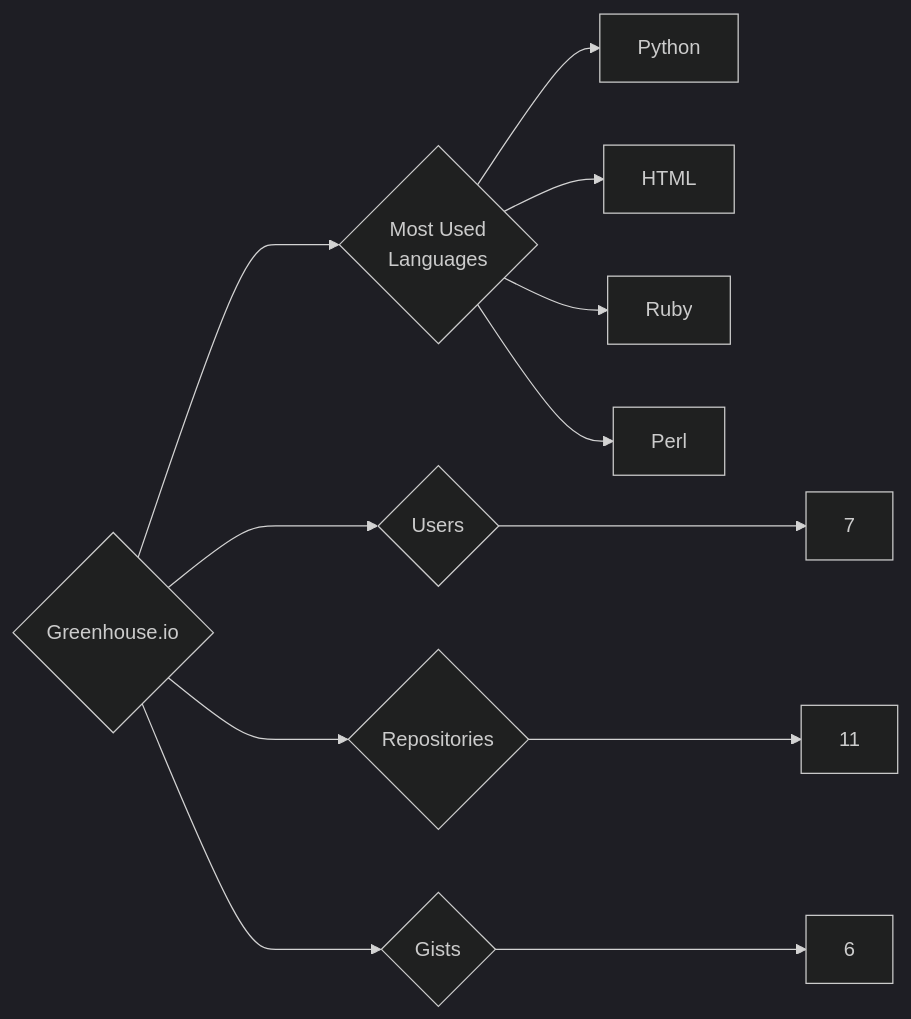
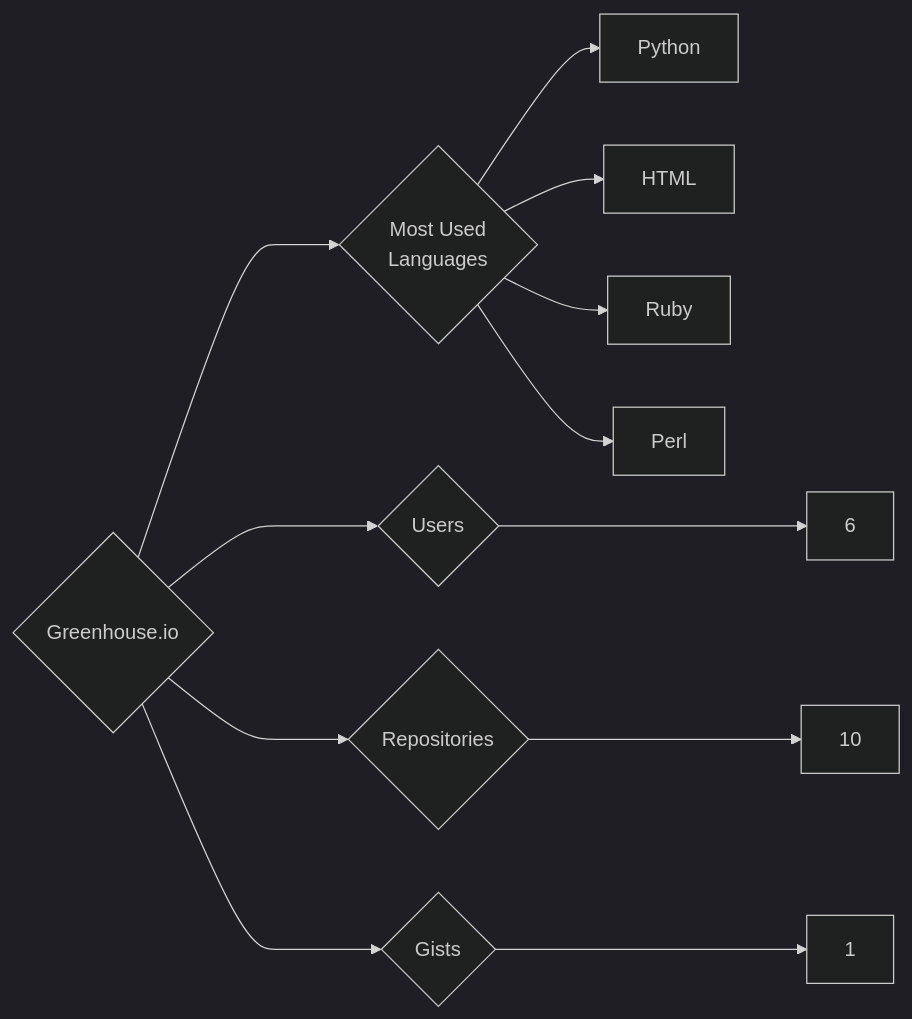
One commit to trickest/insiders changed the diagram in targets/Greenhouse.io/README.md. Above: the diagram before and after it, drawn with Mermaid (dark theme). The commit also changed 1088 other files, not shown here.

````diff
--- a/targets/Greenhouse.io/README.md
+++ b/targets/Greenhouse.io/README.md
@@ -3,12 +3,12 @@
 ```mermaid
 graph LR
 COMPANY_NAME{Greenhouse.io}
-COMPANY_NAME ---> U{Users} ---> UN[7]
-COMPANY_NAME ---> R{Repositories} ---> RN[11]
-COMPANY_NAME ---> G{Gists} ---> GN[6]
+COMPANY_NAME ---> U{Users} ---> UN[6]
+COMPANY_NAME ---> R{Repositories} ---> RN[10]
+COMPANY_NAME ---> G{Gists} ---> GN[1]
 COMPANY_NAME ---> ML{Most Used<br>Languages}
 ML --> Python[Python]
 ML --> HTML[HTML]
 ML --> Ruby[Ruby]
 ML --> Perl[Perl]
 ```
````
